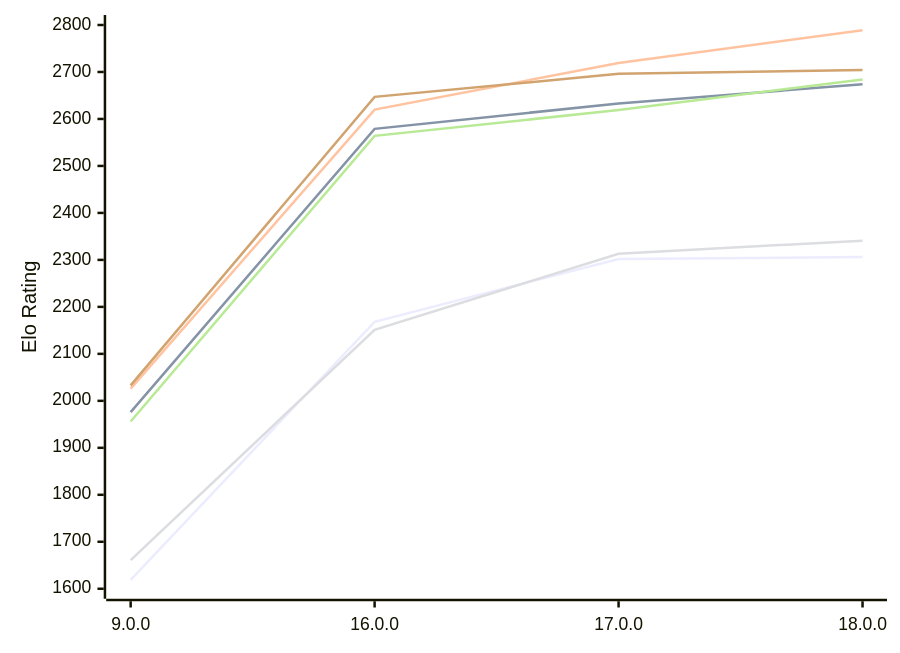
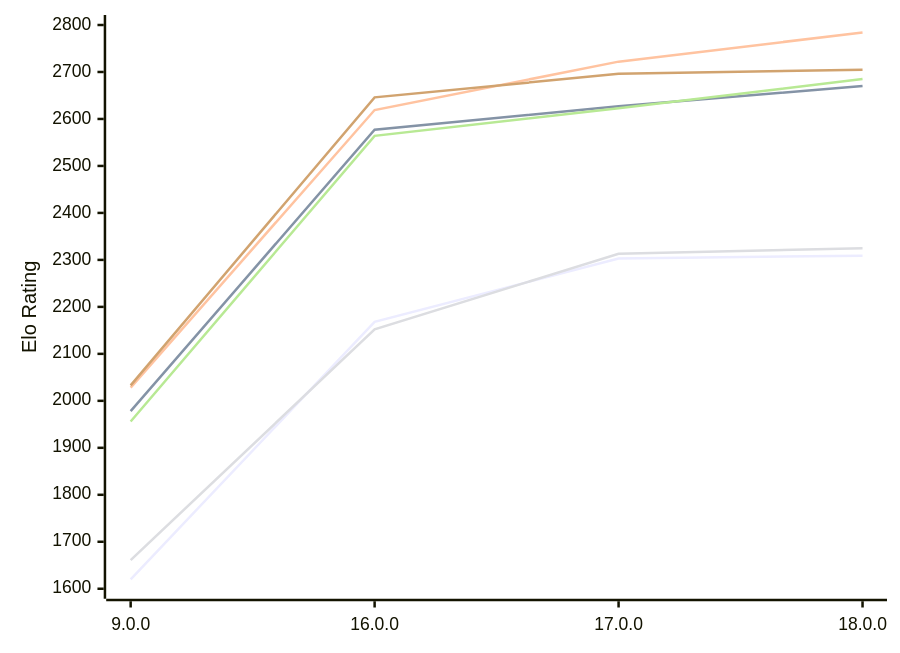
One commit to computer-chess-index/cci changed the first of 2 diagrams in engines/Cepimetheus.md. Above: the diagram before and after it, drawn with Mermaid. The commit also changed other lines of this file, not shown here.

Commit message:
Update CCI Ratings (ELO VLTC) - 2026-11-26

````diff
--- a/engines/Cepimetheus.md
+++ b/engines/Cepimetheus.md
@@ -66,12 +66,12 @@
 ```mermaid
 %%{init: {"theme":"base","themeVariables":{"seriesColors:['#a3a3a3','#222221','#faa371']}}}%%
 xychart-beta
   x-axis ["9.0.0", "16.0.0", "17.0.0", "18.0.0"]
   y-axis "Elo Rating" 1600 --> 2800
-  line "E1: STC (8.0+0.08s)" [1619, 2168, 2302, 2306]
-  line "E1: LTC (60.0+0.60s)" [1976, 2579, 2633, 2674]
-  line "E1: VLTC (2m24s+1.12s)" [2026, 2620, 2719, 2789]
-  line "P1: STC (8.0+0.08s)" [1661, 2151, 2313, 2341]
-  line "P1: LTC (60.0+0.60s)" [1956, 2564, 2619, 2684]
-  line "P1: VLTC (2m24s+1.12s)" [2033, 2647, 2696, 2704]
+  line "E1: STC (8.0+0.08s)" [1620, 2168, 2303, 2309]
+  line "E1: LTC (60.0+0.60s)" [1978, 2577, 2627, 2670]
+  line "E1: VLTC (2m24s+1.12s)" [2028, 2619, 2722, 2784]
+  line "P1: STC (8.0+0.08s)" [1661, 2152, 2313, 2325]
+  line "P1: LTC (60.0+0.60s)" [1956, 2564, 2623, 2685]
+  line "P1: VLTC (2m24s+1.12s)" [2033, 2646, 2696, 2705]
 ```
````
